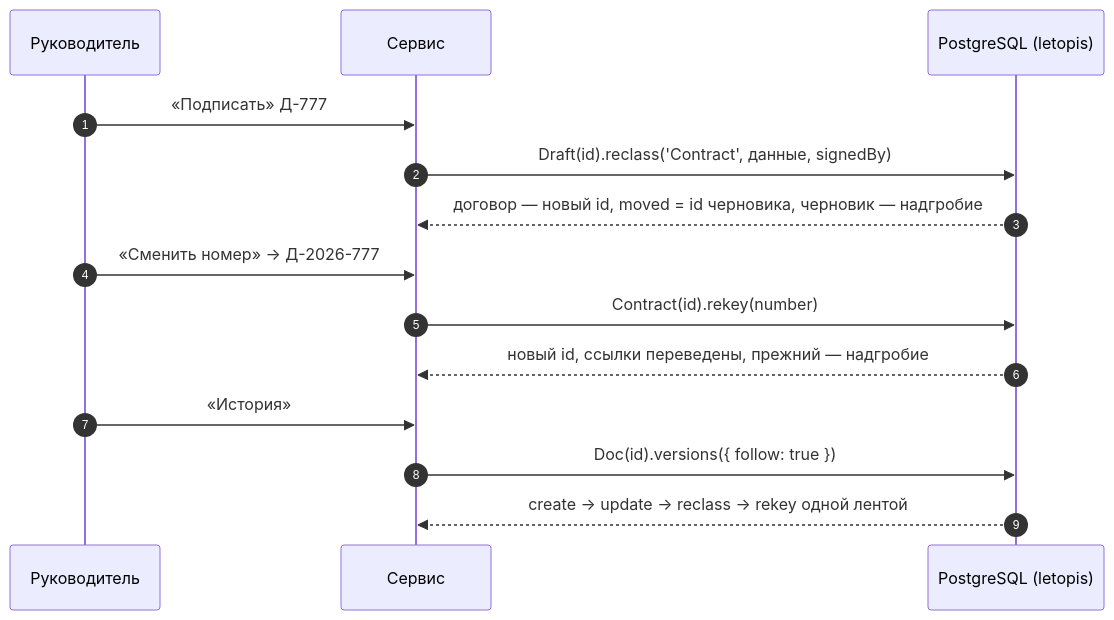
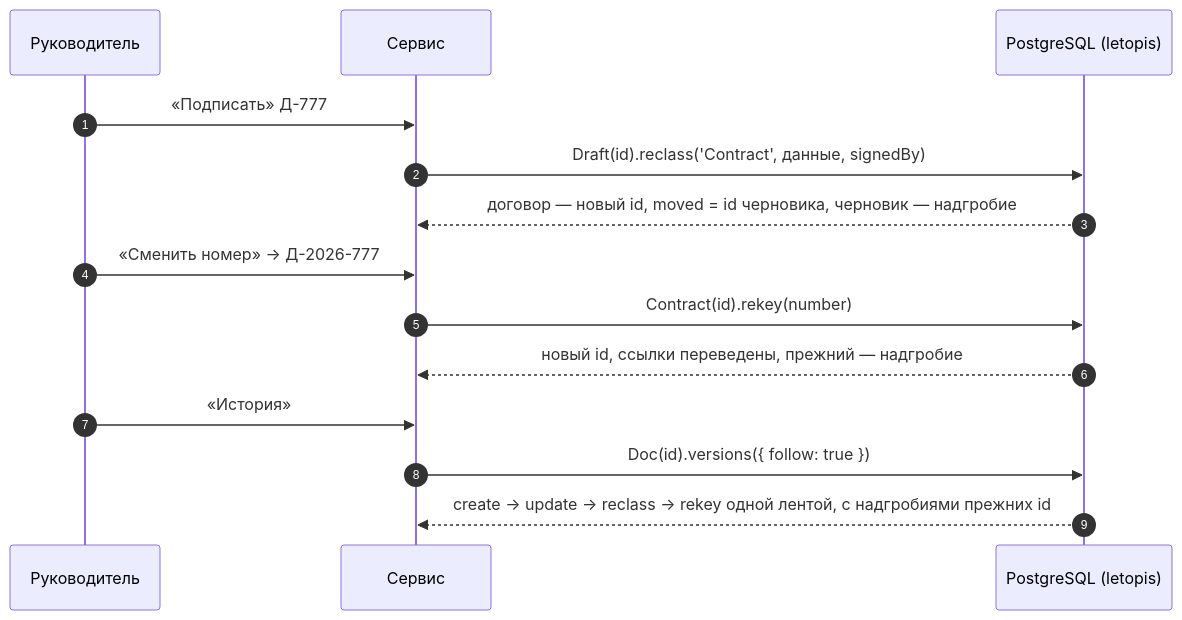
One commit to alepri51/letopis changed the second of 2 diagrams in guide/pages/services/documents.md. Above: the diagram before and after it, drawn with Mermaid. The commit also changed other lines of this file and 12 other files, not shown here.

````diff
--- a/guide/pages/services/documents.md
+++ b/guide/pages/services/documents.md
@@ -78,16 +80,16 @@
 ```mermaid
 sequenceDiagram
   autonumber
   participant U as Руководитель
   participant S as Сервис
   participant DB as PostgreSQL (letopis)
   U->>S: «Подписать» Д-777
   S->>DB: Draft(id).reclass('Contract', данные, signedBy)
   DB-->>S: договор — новый id, moved = id черновика, черновик — надгробие
   U->>S: «Сменить номер» → Д-2026-777
   S->>DB: Contract(id).rekey(number)
   DB-->>S: новый id, ссылки переведены, прежний — надгробие
   U->>S: «История»
   S->>DB: Doc(id).versions({ follow: true })
-  DB-->>S: create → update → reclass → rekey одной лентой
+  DB-->>S: create → update → reclass → rekey одной лентой, с надгробиями прежних id
 ```
````
